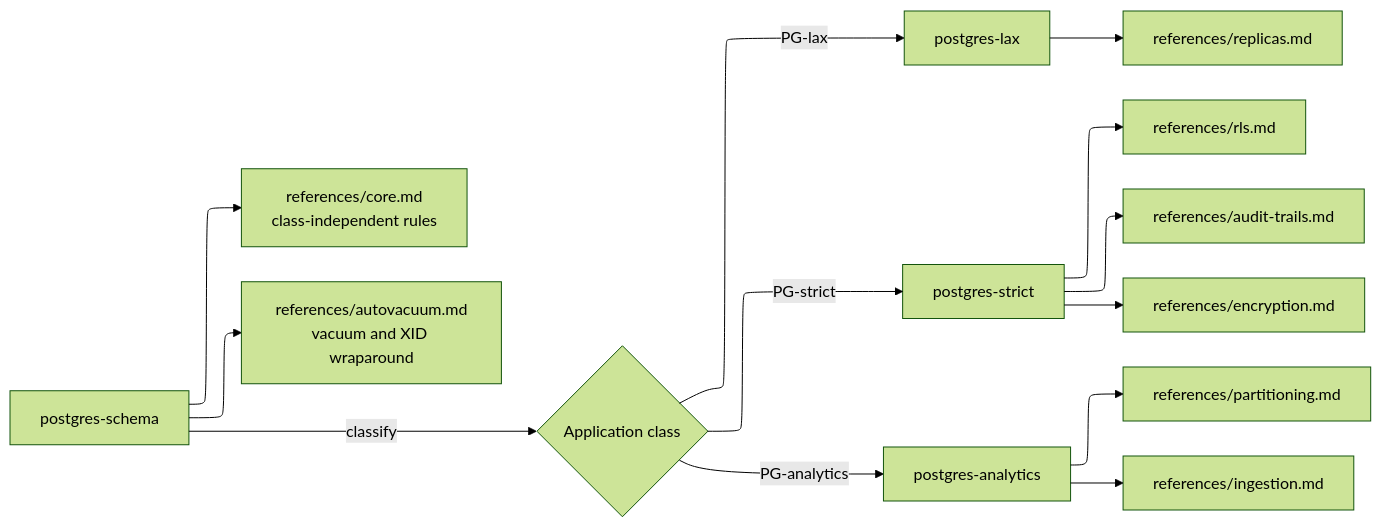
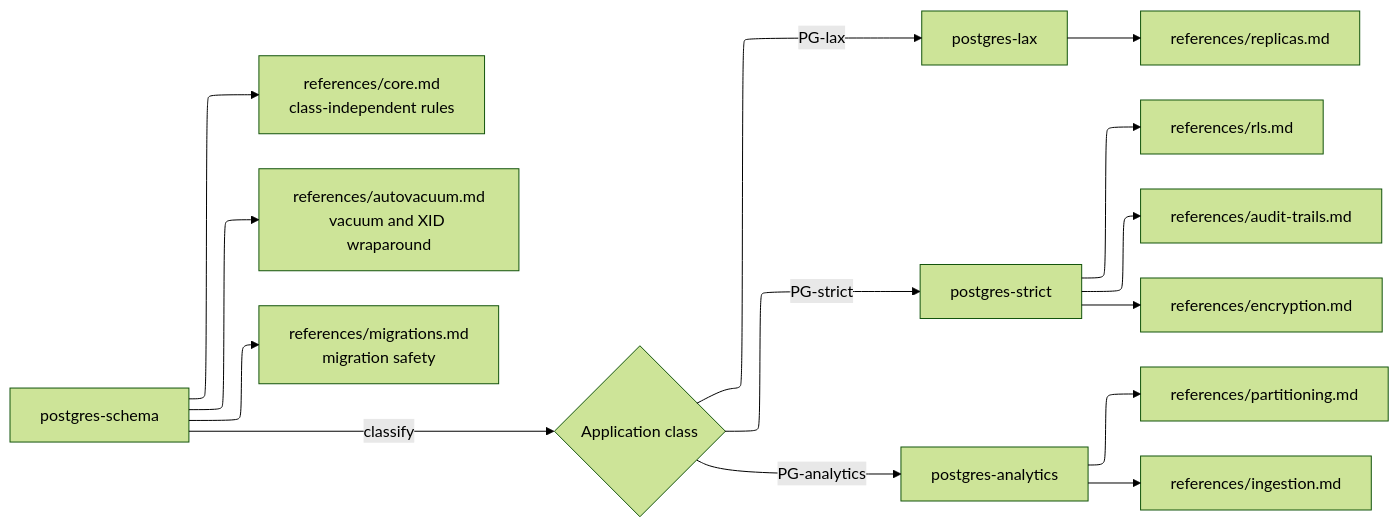
One commit to kigster/agentilda-ai-setup changed the diagram in docs/postgres-skills.md. Above: the diagram before and after it, drawn with Mermaid. The commit also changed 3 other files, not shown here.

First line of the commit message:
Add a migration safety reference

````diff
--- a/docs/postgres-skills.md
+++ b/docs/postgres-skills.md
@@ -7,20 +7,21 @@
 ```mermaid
 ---
 config:
   layout: elk
   theme: forest
 ---
 flowchart LR
     A[postgres-schema] -->|classify| B{Application class}
     A --> C[references/core.md<br/>class-independent rules]
     A --> D[references/autovacuum.md<br/>vacuum and XID wraparound]
+    A --> H[references/migrations.md<br/>migration safety]
     B -->|PG-lax| E[postgres-lax]
     B -->|PG-strict| F[postgres-strict]
     B -->|PG-analytics| G[postgres-analytics]
     E --> E1[references/replicas.md]
     F --> F1[references/rls.md]
     F --> F2[references/audit-trails.md]
     F --> F3[references/encryption.md]
     G --> G1[references/partitioning.md]
     G --> G2[references/ingestion.md]
 ```
````
